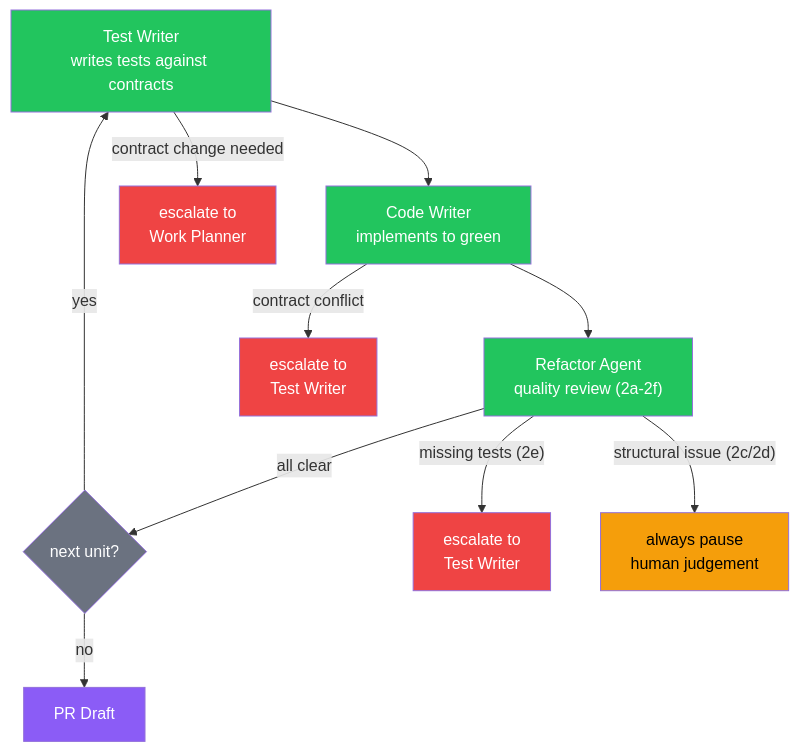
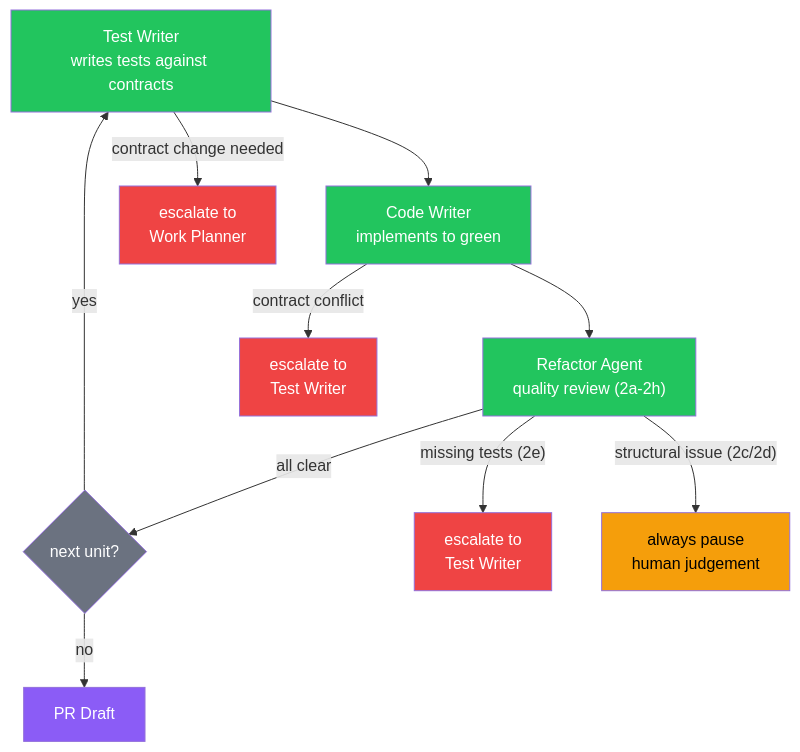
One commit to telefrek/vallorcine changed the first of 3 diagrams in DESIGN.md. Above: the diagram before and after it, drawn with Mermaid. The commit also changed other lines of this file and 15 other files, not shown here.

First line of the commit message:
feat: architecture hardening — principle 1, security review, ADR validation

````diff
--- a/DESIGN.md
+++ b/DESIGN.md
@@ -204,24 +271,24 @@
 ```mermaid
 graph TD
     TW["Test Writer<br>writes tests against contracts"] --> CW["Code Writer<br>implements to green"]
-    CW --> RA["Refactor Agent<br>quality review (2a-2f)"]
+    CW --> RA["Refactor Agent<br>quality review (2a-2h)"]
     RA -->|"all clear"| NEXT{"next unit?"}
     NEXT -->|"yes"| TW
     NEXT -->|"no"| PR["PR Draft"]
 
     CW -->|"contract conflict"| ESC1["escalate to<br>Test Writer"]
     RA -->|"missing tests (2e)"| ESC2["escalate to<br>Test Writer"]
     TW -->|"contract change needed"| ESC3["escalate to<br>Work Planner"]
 
     RA -->|"structural issue (2c/2d)"| PAUSE["always pause<br>human judgement"]
 
     style TW fill:#22c55e,color:#fff
     style CW fill:#22c55e,color:#fff
     style RA fill:#22c55e,color:#fff
     style PR fill:#8b5cf6,color:#fff
     style ESC1 fill:#ef4444,color:#fff
     style ESC2 fill:#ef4444,color:#fff
     style ESC3 fill:#ef4444,color:#fff
     style PAUSE fill:#f59e0b,color:#000
     style NEXT fill:#6b7280,color:#fff
 ```
````
